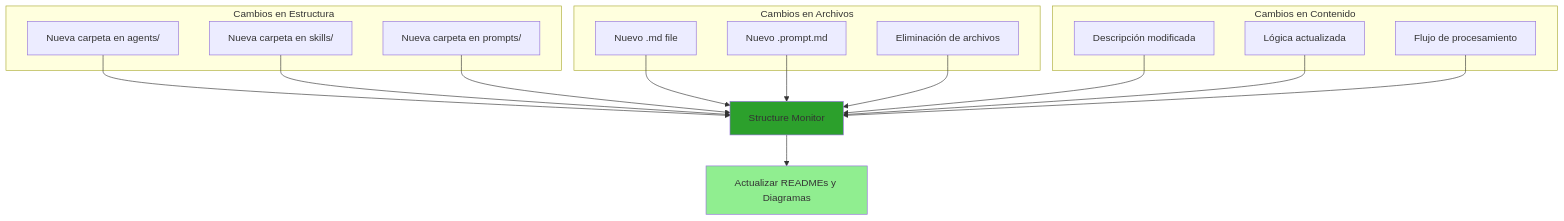
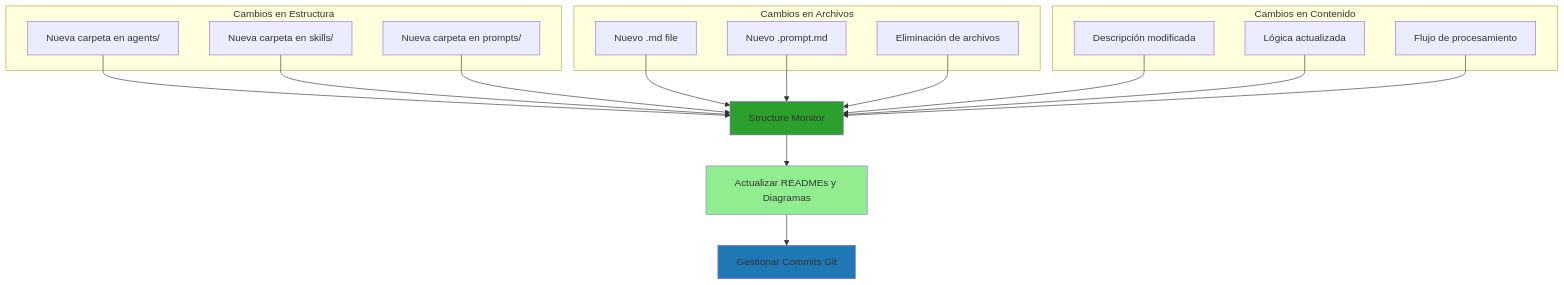
One commit to johansparra/ai-carib-intelligence-agent changed the diagram in .github/skills/structure-monitor/README.md. Above: the diagram before and after it, drawn with Mermaid. The commit also changed other lines of this file and 4 other files, not shown here.

````diff
--- a/.github/skills/structure-monitor/README.md
+++ b/.github/skills/structure-monitor/README.md
@@ -47,35 +56,37 @@
 ```mermaid
 graph TB
     subgraph "Cambios en Estructura"
         A["Nueva carpeta en agents/"]
         B["Nueva carpeta en skills/"]
         C["Nueva carpeta en prompts/"]
     end
     
     subgraph "Cambios en Archivos"
         D["Nuevo .md file"]
         E["Nuevo .prompt.md"]
         F["Eliminación de archivos"]
     end
     
     subgraph "Cambios en Contenido"
         G["Descripción modificada"]
         H["Lógica actualizada"]
         I["Flujo de procesamiento"]
     end
     
     A --> SM["Structure Monitor"]
     B --> SM
     C --> SM
     D --> SM
     E --> SM
     F --> SM
     G --> SM
     H --> SM
     I --> SM
     
     SM --> UPDATE["Actualizar READMEs y Diagramas"]
+    UPDATE --> GIT["Gestionar Commits Git"]
     
     style SM fill:#2ca02c
     style UPDATE fill:#90ee90
+    style GIT fill:#1f77b4
 ```
````
